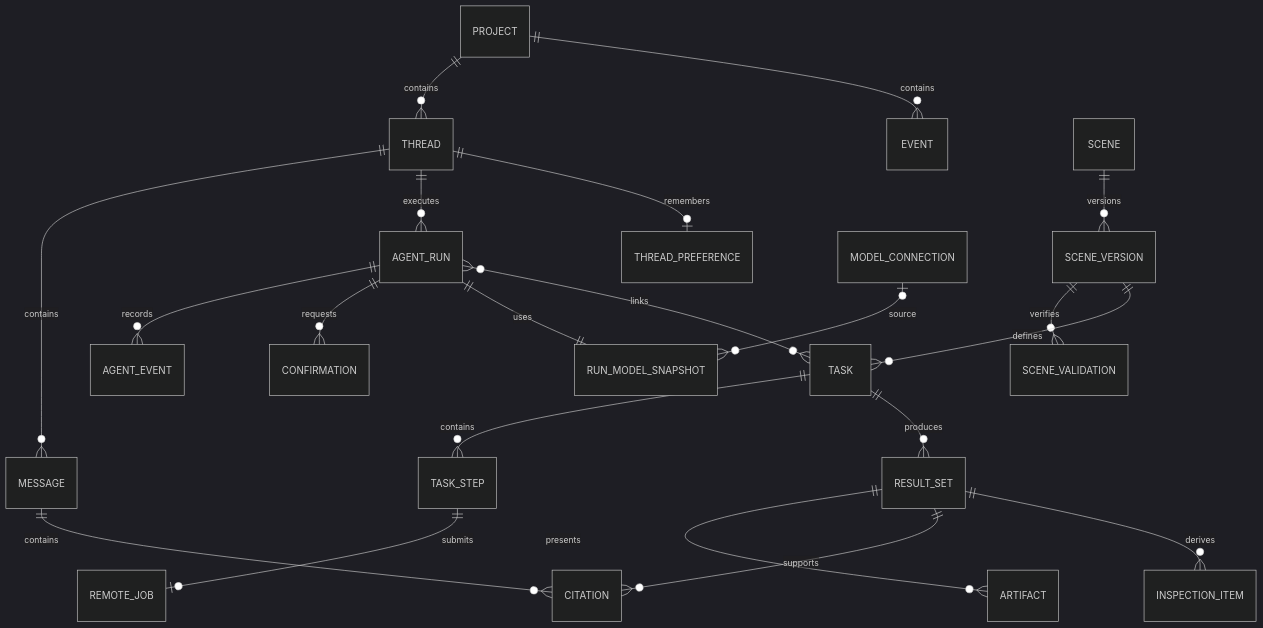
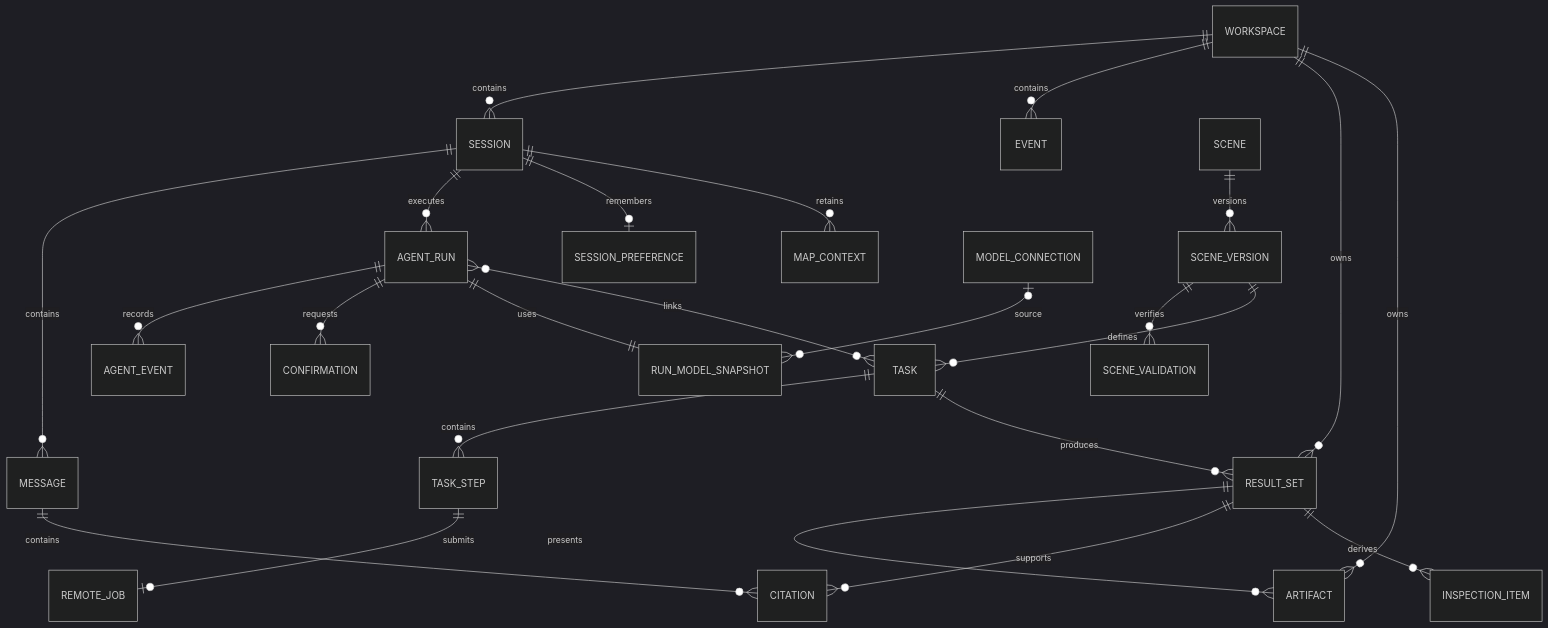
Before and after one commit to haodijia/kunyu-geoagent: the fifth of 5 diagrams in docs/开发架构设计.md, drawn with Mermaid (dark theme). The commit also changed other lines of this file and 3 other files, not shown here.

Commit message:
docs: define workspace and session boundaries

````diff
--- a/docs/开发架构设计.md
+++ b/docs/开发架构设计.md
@@ -1046,23 +1050,26 @@
 ```mermaid
 erDiagram
-    PROJECT ||--o{ THREAD : contains
-    PROJECT ||--o{ EVENT : contains
+    WORKSPACE ||--o{ SESSION : contains
+    WORKSPACE ||--o{ EVENT : contains
+    WORKSPACE ||--o{ RESULT_SET : owns
+    WORKSPACE ||--o{ ARTIFACT : owns
     SCENE ||--o{ SCENE_VERSION : versions
     SCENE_VERSION ||--o{ SCENE_VALIDATION : verifies
-    THREAD ||--o{ MESSAGE : contains
-    THREAD ||--o{ AGENT_RUN : executes
-    THREAD ||--o| THREAD_PREFERENCE : remembers
+    SESSION ||--o{ MESSAGE : contains
+    SESSION ||--o{ AGENT_RUN : executes
+    SESSION ||--o| SESSION_PREFERENCE : remembers
+    SESSION ||--o{ MAP_CONTEXT : retains
     AGENT_RUN ||--o{ AGENT_EVENT : records
     AGENT_RUN ||--o{ CONFIRMATION : requests
     AGENT_RUN ||--|| RUN_MODEL_SNAPSHOT : uses
     MODEL_CONNECTION |o--o{ RUN_MODEL_SNAPSHOT : source
     AGENT_RUN }o--o{ TASK : links
     TASK ||--o{ TASK_STEP : contains
     TASK_STEP ||--o| REMOTE_JOB : submits
     TASK ||--o{ RESULT_SET : produces
     RESULT_SET ||--o{ ARTIFACT : presents
     RESULT_SET ||--o{ CITATION : supports
     RESULT_SET ||--o{ INSPECTION_ITEM : derives
     MESSAGE ||--o{ CITATION : contains
     SCENE_VERSION ||--o{ TASK : defines
 ```
````
